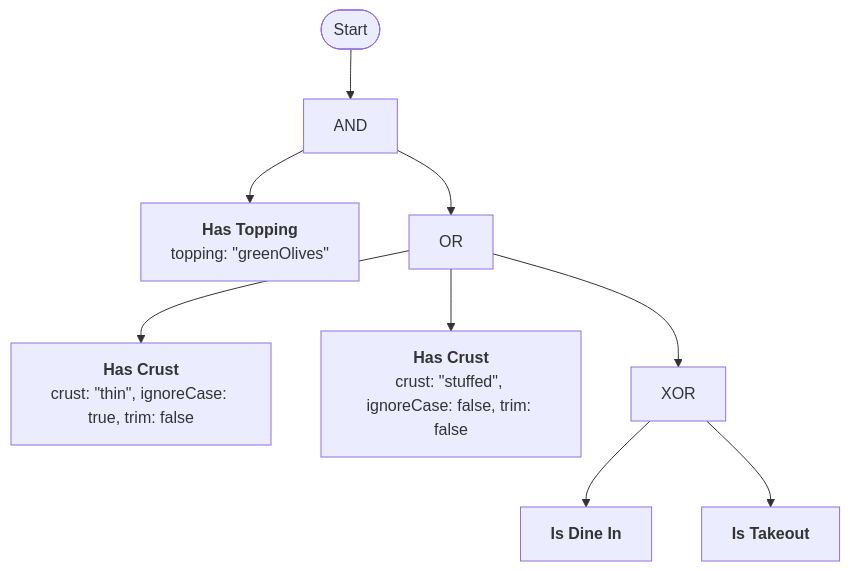
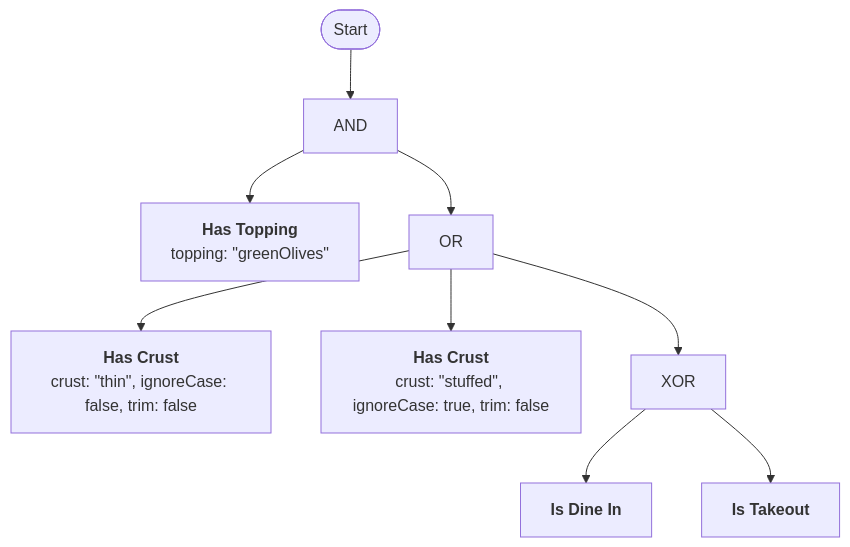
The second of 2 diagrams in docs/examples.md (rheone/TruthWeaver), drawn with Mermaid before and after one commit. The commit also changed other lines of this file and 10 other files, not shown here.

Commit message:
feat: default ignoreCase to false on EqualsConfigurable and NotEqualsConfigurable

````diff
--- a/docs/examples.md
+++ b/docs/examples.md
@@ -279,22 +279,22 @@
 ```mermaid
 flowchart TD
     Start(["Start"]) --> n0
     n0["AND"]
     n1["`**Has Topping**
 topping: #quot;greenOlives#quot;`"]
     n0 --> n1
     n2["OR"]
     n3["`**Has Crust**
-crust: #quot;thin#quot;, ignoreCase: true, trim: false`"]
+crust: #quot;thin#quot;, ignoreCase: false, trim: false`"]
     n2 --> n3
     n4["`**Has Crust**
-crust: #quot;stuffed#quot;, ignoreCase: false, trim: false`"]
+crust: #quot;stuffed#quot;, ignoreCase: true, trim: false`"]
     n2 --> n4
     n5["XOR"]
     n6["`**Is Dine In**`"]
     n5 --> n6
     n7["`**Is Takeout**`"]
     n5 --> n7
     n2 --> n5
     n0 --> n2
 ```
````
